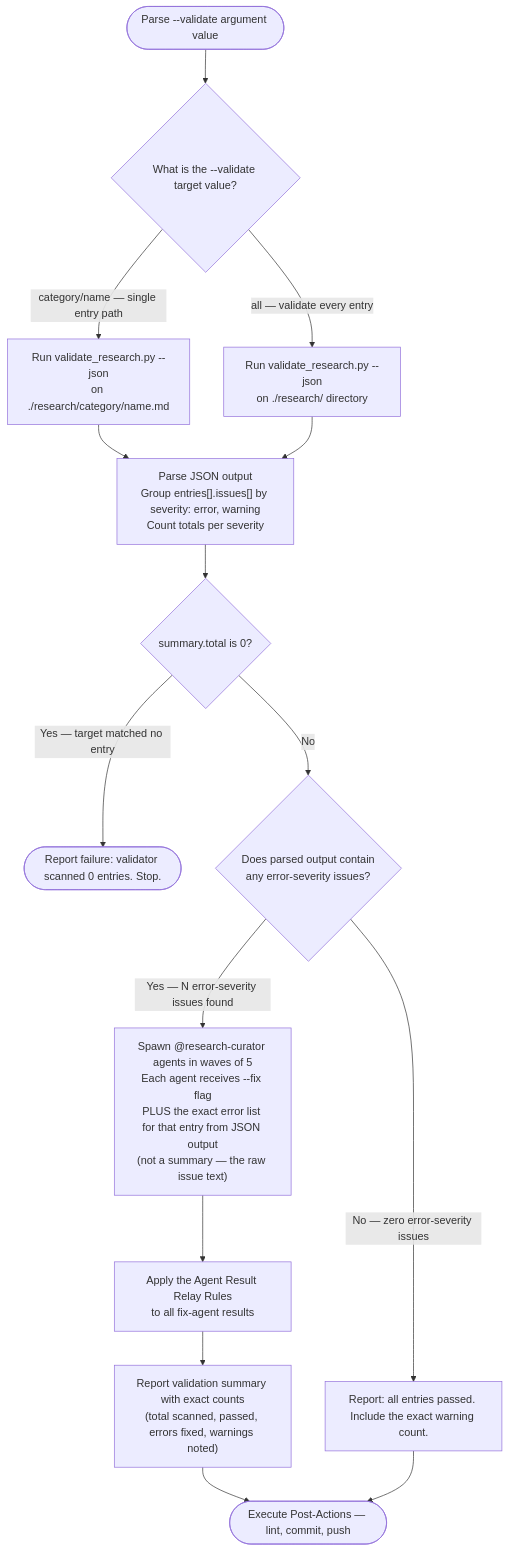
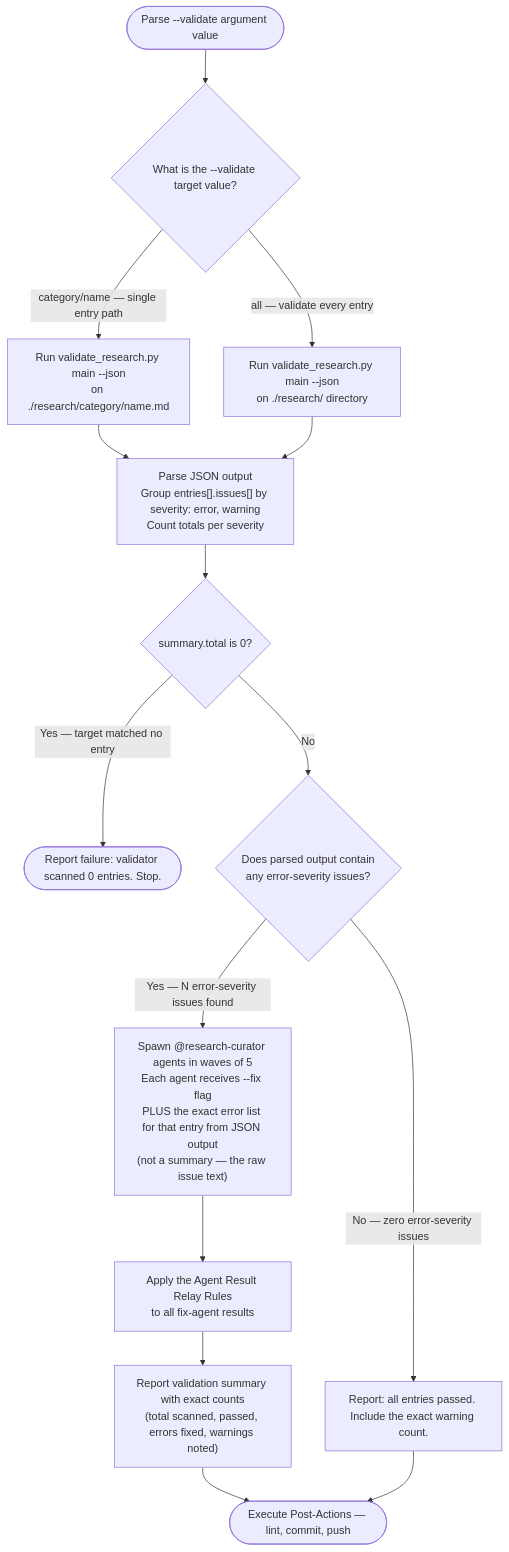
The third of 4 diagrams in .claude/skills/research-curator/SKILL.md (Jamie-BitFlight/claude_skills), drawn with Mermaid before and after one commit. The commit also changed other lines of this file and 3 other files, not shown here.

````diff
--- a/.claude/skills/research-curator/SKILL.md
+++ b/.claude/skills/research-curator/SKILL.md
@@ -205,17 +205,17 @@
 ```mermaid
 flowchart TD
     Start(["Parse --validate argument value"]) --> Q{"What is the --validate target value?"}
-    Q -->|"category/name — single entry path"| RunScript["Run validate_research.py --json<br>on ./research/category/name.md"]
-    Q -->|"all — validate every entry"| RunScriptAll["Run validate_research.py --json<br>on ./research/ directory"]
+    Q -->|"category/name — single entry path"| RunScript["Run validate_research.py main --json<br>on ./research/category/name.md"]
+    Q -->|"all — validate every entry"| RunScriptAll["Run validate_research.py main --json<br>on ./research/ directory"]
     RunScript --> ParseJSON["Parse JSON output<br>Group entries[].issues[] by severity: error, warning<br>Count totals per severity"]
     RunScriptAll --> ParseJSON
     ParseJSON --> Zero{"summary.total is 0?"}
     Zero -->|"Yes — target matched no entry"| ZeroFail(["Report failure: validator scanned 0 entries. Stop."])
     Zero -->|"No"| HasErrors{"Does parsed output contain<br>any error-severity issues?"}
     HasErrors -->|"Yes — N error-severity issues found"| SpawnFix["Spawn @research-curator agents in waves of 5<br>Each agent receives --fix flag<br>PLUS the exact error list for that entry from JSON output<br>(not a summary — the raw issue text)"]
     HasErrors -->|"No — zero error-severity issues"| ReportClean["Report: all entries passed. Include the exact warning count."]
     SpawnFix --> RelayCheck["Apply the Agent Result Relay Rules<br>to all fix-agent results"]
     RelayCheck --> ReportSummary["Report validation summary with exact counts<br>(total scanned, passed, errors fixed, warnings noted)"]
     ReportSummary --> PostActions(["Execute Post-Actions — lint, commit, push"])
     ReportClean --> PostActions
 ```
````
